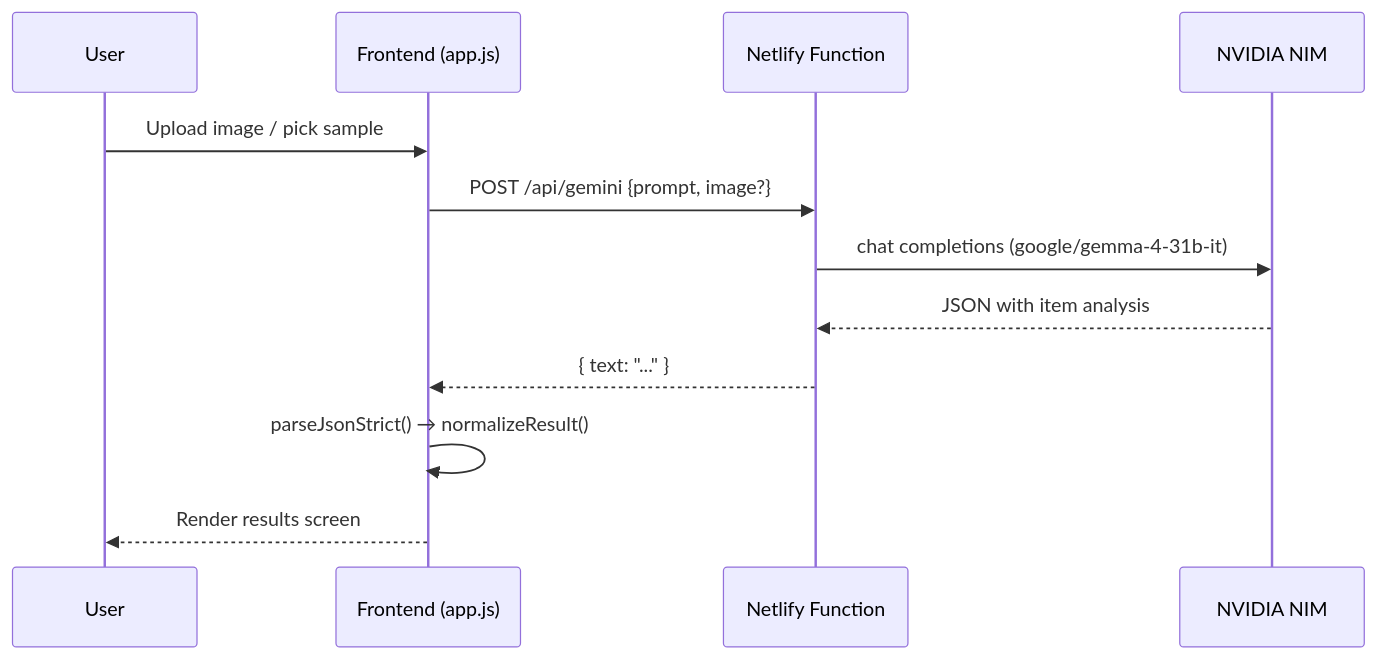
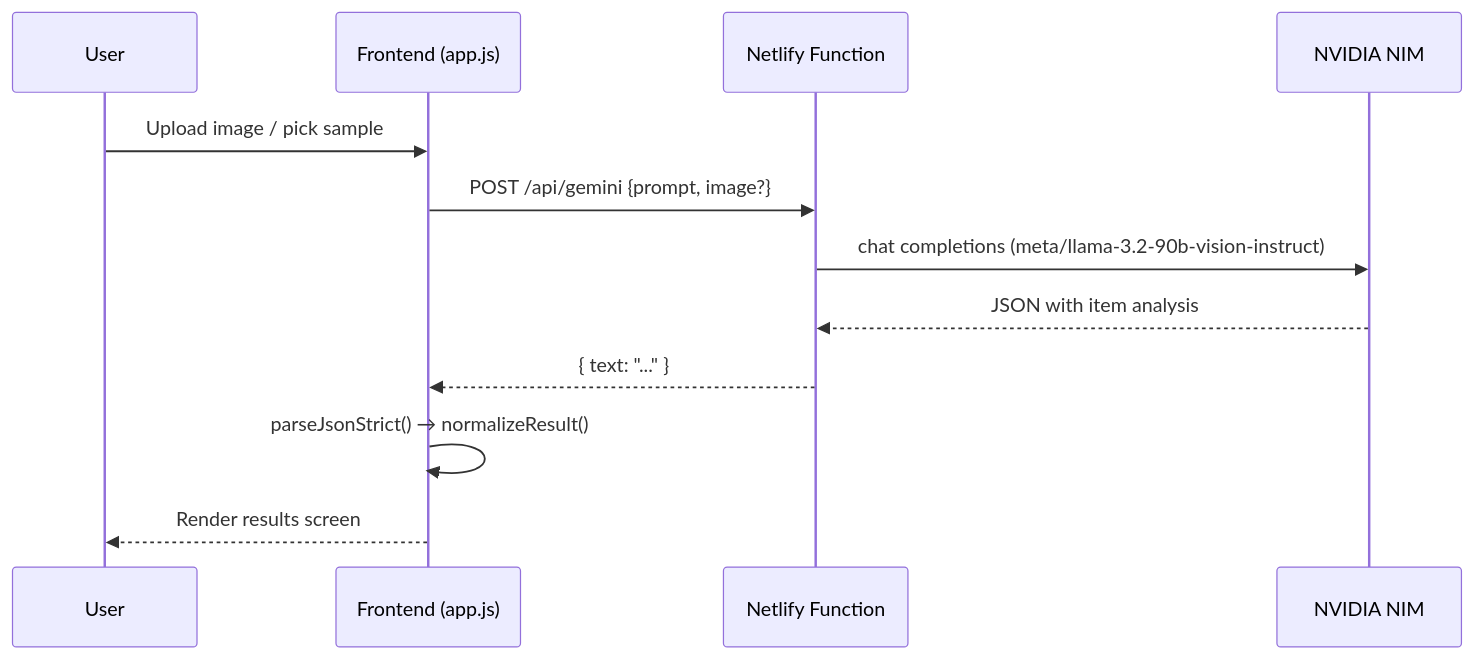
Before and after one commit to tarunrq33rew/Ecoscan: the diagram in README.md, drawn with Mermaid. The commit also changed other lines of this file and 4 other files, not shown here.

Commit message:
fix: switch to Llama 3.2 90B Vision model due to Gemma hanging on NVIDIA NIM

````diff
--- a/README.md
+++ b/README.md
@@ -197,15 +197,15 @@
 ```mermaid
 sequenceDiagram
     participant U as User
     participant F as Frontend (app.js)
     participant N as Netlify Function
     participant NV as NVIDIA NIM
 
     U->>F: Upload image / pick sample
     F->>N: POST /api/gemini {prompt, image?}
-    N->>NV: chat completions (google/gemma-4-31b-it)
+    N->>NV: chat completions (meta/llama-3.2-90b-vision-instruct)
     NV-->>N: JSON with item analysis
     N-->>F: { text: "..." }
     F->>F: parseJsonStrict() → normalizeResult()
     F-->>U: Render results screen
 ```
````
